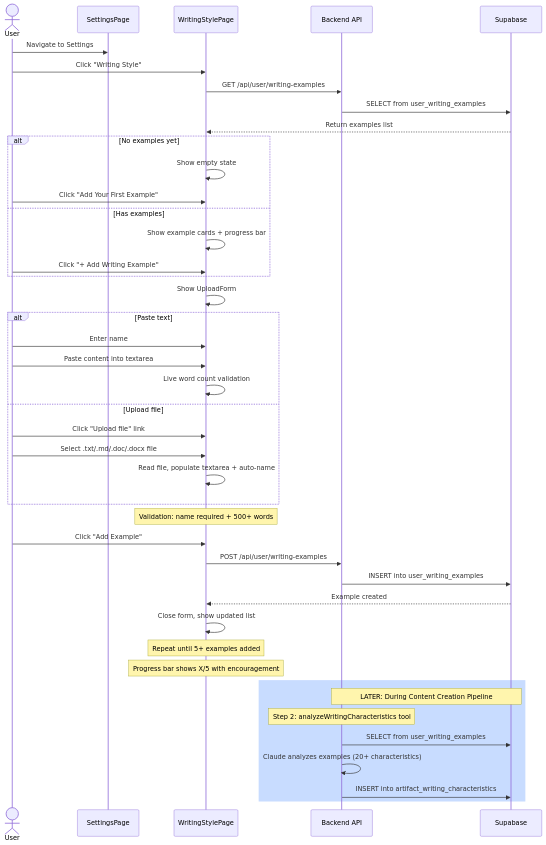
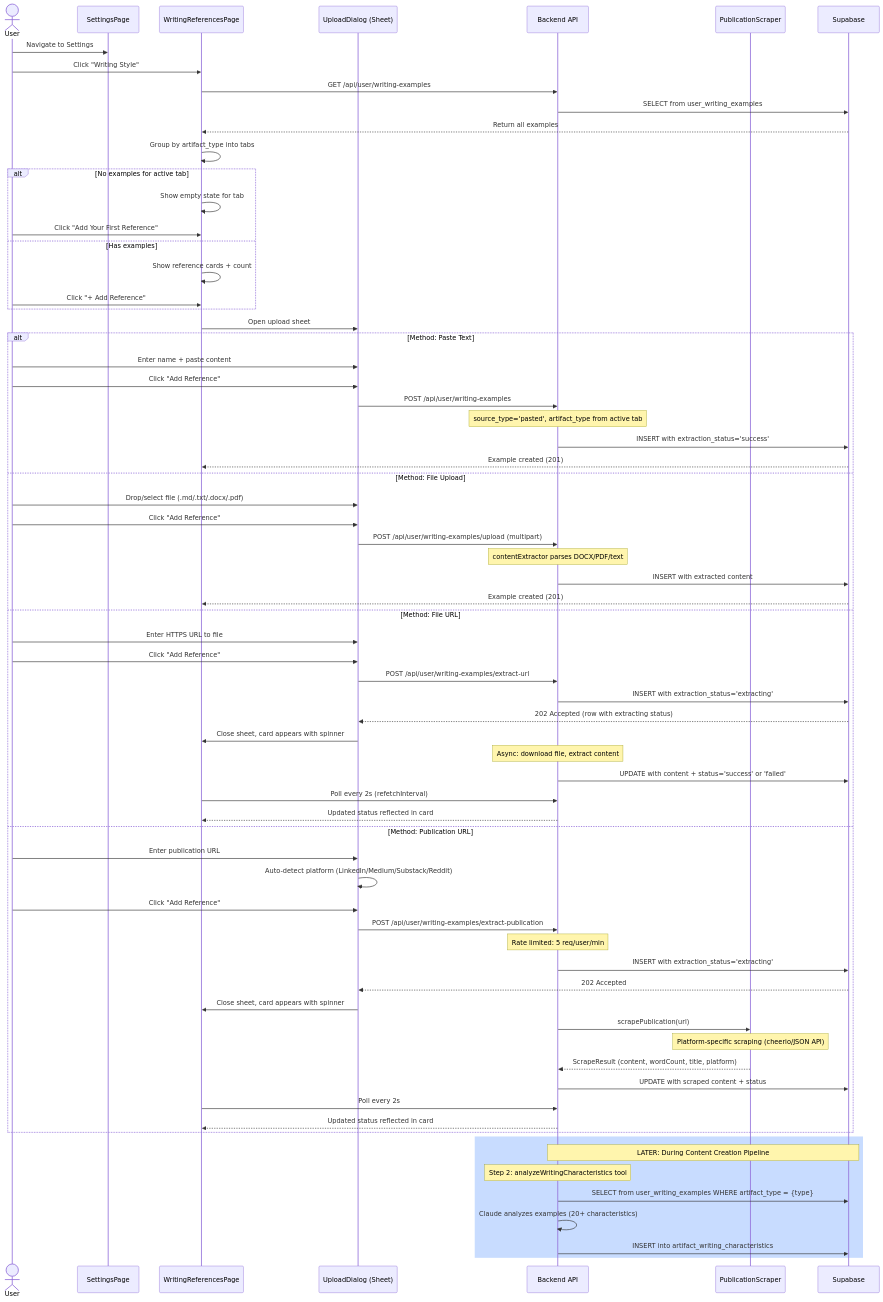
Before and after one commit to kobiagi-builder/nextup: the diagram in docs/flows/writing-style-setup-flow.md, drawn with Mermaid. The commit also changed other lines of this file and 55 other files, not shown here.

First line of the commit message:
feat: writing references redesign + chat markdown rendering + AI voice humanization

````diff
--- a/docs/flows/writing-style-setup-flow.md
+++ b/docs/flows/writing-style-setup-flow.md
@@ -25,53 +25,77 @@
 ```mermaid
 sequenceDiagram
     actor User
     participant Settings as SettingsPage
-    participant Style as WritingStylePage
+    participant Style as WritingReferencesPage
+    participant Dialog as UploadDialog (Sheet)
     participant API as Backend API
+    participant Scraper as PublicationScraper
     participant DB as Supabase
 
     User->>Settings: Navigate to Settings
     User->>Style: Click "Writing Style"
     Style->>API: GET /api/user/writing-examples
     API->>DB: SELECT from user_writing_examples
-    DB-->>Style: Return examples list
+    DB-->>Style: Return all examples
+    Style->>Style: Group by artifact_type into tabs
 
-    alt No examples yet
-        Style->>Style: Show empty state
-        User->>Style: Click "Add Your First Example"
+    alt No examples for active tab
+        Style->>Style: Show empty state for tab
+        User->>Style: Click "Add Your First Reference"
     else Has examples
-        Style->>Style: Show example cards + progress bar
-        User->>Style: Click "+ Add Writing Example"
+        Style->>Style: Show reference cards + count
+        User->>Style: Click "+ Add Reference"
     end
 
-    Style->>Style: Show UploadForm
+    Style->>Dialog: Open upload sheet
 
-    alt Paste text
-        User->>Style: Enter name
-        User->>Style: Paste content into textarea
-        Style->>Style: Live word count validation
-    else Upload file
-        User->>Style: Click "Upload file" link
-        User->>Style: Select .txt/.md/.doc/.docx file
-        Style->>Style: Read file, populate textarea + auto-name
+    alt Method: Paste Text
+        User->>Dialog: Enter name + paste content
+        User->>Dialog: Click "Add Reference"
+        Dialog->>API: POST /api/user/writing-examples
+        Note over API: source_type='pasted', artifact_type from active tab
+        API->>DB: INSERT with extraction_status='success'
+        DB-->>Style: Example created (201)
+    else Method: File Upload
+        User->>Dialog: Drop/select file (.md/.txt/.docx/.pdf)
+        User->>Dialog: Click "Add Reference"
+        Dialog->>API: POST /api/user/writing-examples/upload (multipart)
+        Note over API: contentExtractor parses DOCX/PDF/text
+        API->>DB: INSERT with extracted content
+        DB-->>Style: Example created (201)
+    else Method: File URL
+        User->>Dialog: Enter HTTPS URL to file
+        User->>Dialog: Click "Add Reference"
+        Dialog->>API: POST /api/user/writing-examples/extract-url
+        API->>DB: INSERT with extraction_status='extracting'
+        DB-->>Dialog: 202 Accepted (row with extracting status)
+        Dialog->>Style: Close sheet, card appears with spinner
+        Note over API: Async: download file, extract content
+        API->>DB: UPDATE with content + status='success' or 'failed'
+        Style->>API: Poll every 2s (refetchInterval)
+        API-->>Style: Updated status reflected in card
+    else Method: Publication URL
+        User->>Dialog: Enter publication URL
+        Dialog->>Dialog: Auto-detect platform (LinkedIn/Medium/Substack/Reddit)
+        User->>Dialog: Click "Add Reference"
+        Dialog->>API: POST /api/user/writing-examples/extract-publication
+        Note over API: Rate limited: 5 req/user/min
+        API->>DB: INSERT with extraction_status='extracting'
+        DB-->>Dialog: 202 Accepted
+        Dialog->>Style: Close sheet, card appears with spinner
+        API->>Scraper: scrapePublication(url)
+        Note over Scraper: Platform-specific scraping (cheerio/JSON API)
+        Scraper-->>API: ScrapeResult (content, wordCount, title, platform)
+        API->>DB: UPDATE with scraped content + status
+        Style->>API: Poll every 2s
+        API-->>Style: Updated status reflected in card
     end
-
-    Note over Style: Validation: name required + 500+ words
-
-    User->>Style: Click "Add Example"
-    Style->>API: POST /api/user/writing-examples
-    API->>DB: INSERT into user_writing_examples
-    DB-->>Style: Example created
-    Style->>Style: Close form, show updated list
-
-    Note over Style: Repeat until 5+ examples added
-    Note over Style: Progress bar shows X/5 with encouragement
 
     rect rgb(200, 220, 255)
         Note over API,DB: LATER: During Content Creation Pipeline
         Note over API: Step 2: analyzeWritingCharacteristics tool
-        API->>DB: SELECT from user_writing_examples
+        API->>DB: SELECT from user_writing_examples WHERE artifact_type = {type}
         API->>API: Claude analyzes examples (20+ characteristics)
         API->>DB: INSERT into artifact_writing_characteristics
     end
 ```
````
